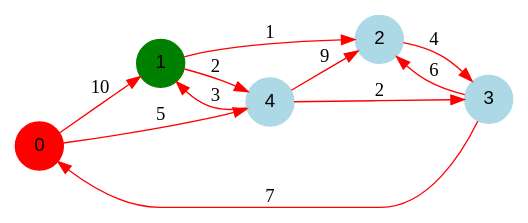
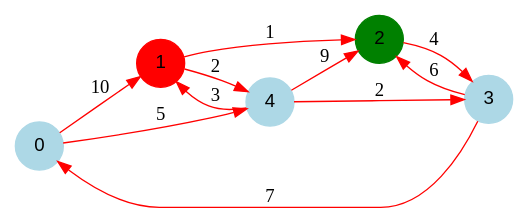
The diagram in programme1/output/dotFiles/graph3/graph3_1.dot (benech17/Shortest-Path), drawn with Graphviz before and after one commit. The commit also changed 21 other files, not shown here.

```diff
--- a/programme1/output/dotFiles/graph3/graph3_1.dot
+++ b/programme1/output/dotFiles/graph3/graph3_1.dot
@@ -1,19 +1,19 @@
 digraph graphe {
 rankdir = LR;
 edge [color=red];
-0 [fontname="Arial", shape = circle, color=red, style=filled];
-1 [fontname="Arial", shape = circle, color=green, style=filled];
-2 [fontname="Arial", shape = circle, color=lightblue, style=filled];
+0 [fontname="Arial", shape = circle, color=lightblue, style=filled];
+1 [fontname="Arial", shape = circle, color=red, style=filled];
+2 [fontname="Arial", shape = circle, color=green, style=filled];
 3 [fontname="Arial", shape = circle, color=lightblue, style=filled];
 4 [fontname="Arial", shape = circle, color=lightblue, style=filled];
 	0 -> 1 [label = "10"];
 	0 -> 4 [label = "5"];
 	1 -> 2 [label = "1"];
 	1 -> 4 [label = "2"];
 	2 -> 3 [label = "4"];
 	3 -> 0 [label = "7"];
 	3 -> 2 [label = "6"];
 	4 -> 1 [label = "3"];
 	4 -> 2 [label = "9"];
 	4 -> 3 [label = "2"];
 }
```
